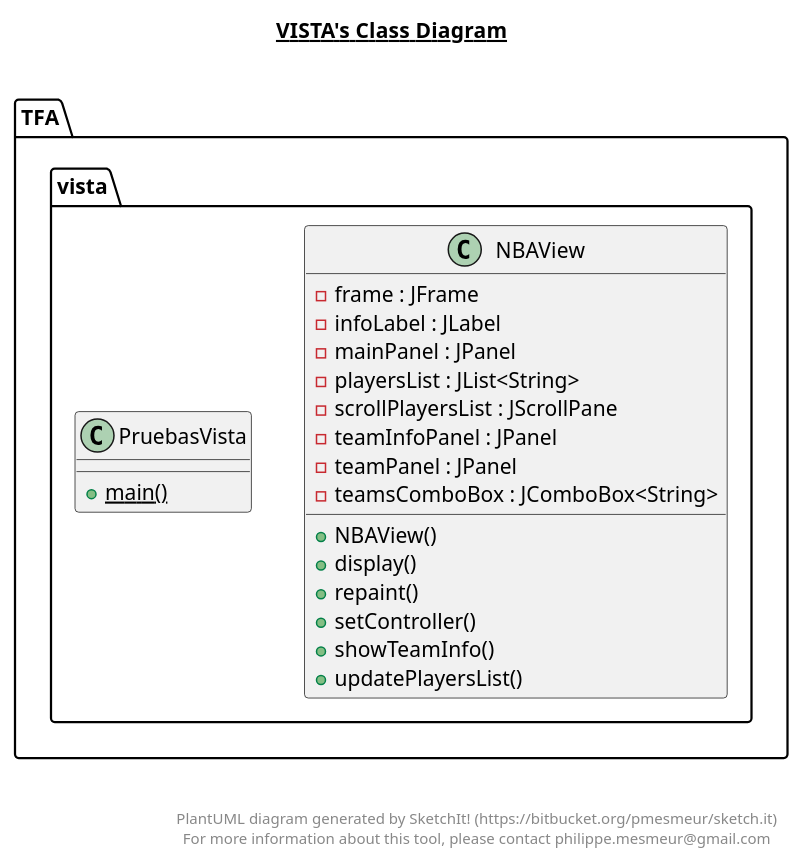
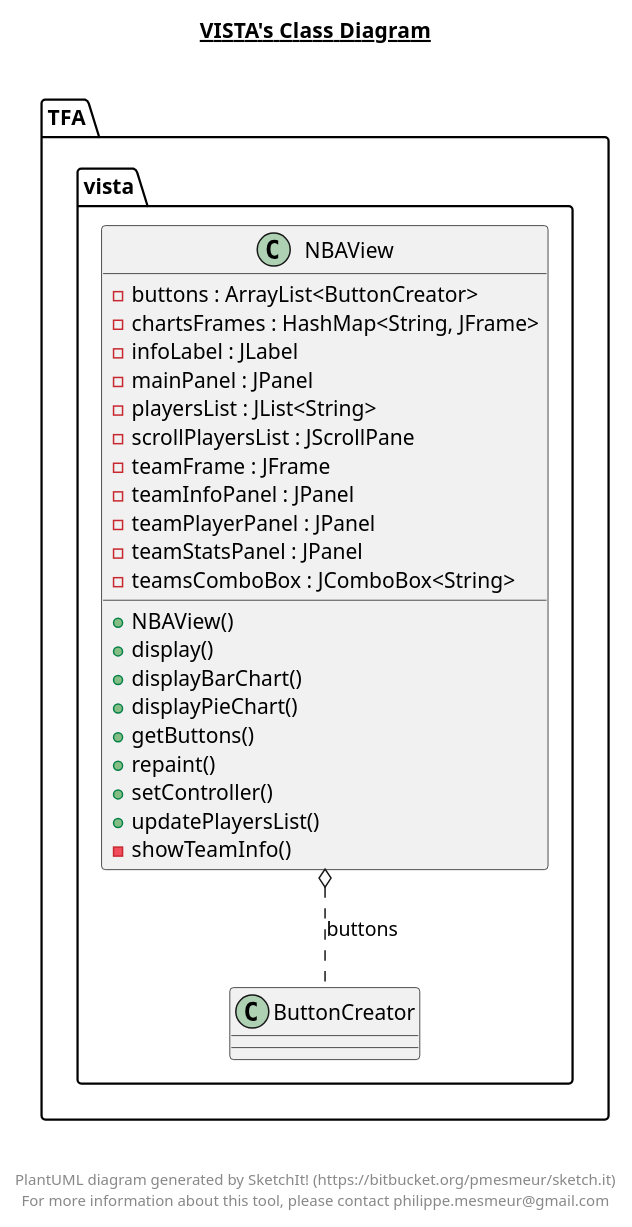
One commit to Diegodmbot/ULL-DAP-TrabajoFinalNBA changed the diagram in src/TFA/vista/vista.plantuml. Above: the diagram before and after it, drawn with PlantUML. The commit also changed 16 other files, not shown here.

```diff
--- a/src/TFA/vista/vista.plantuml
+++ b/src/TFA/vista/vista.plantuml
@@ -1,45 +1,42 @@
 @startuml
 
 title __VISTA's Class Diagram__\n
 
   namespace TFA {
     namespace vista {
       class TFA.vista.NBAView {
-          - frame : JFrame
+          - buttons : ArrayList<ButtonCreator>
+          - chartsFrames : HashMap<String, JFrame>
           - infoLabel : JLabel
           - mainPanel : JPanel
           - playersList : JList<String>
           - scrollPlayersList : JScrollPane
+          - teamFrame : JFrame
           - teamInfoPanel : JPanel
-          - teamPanel : JPanel
+          - teamPlayerPanel : JPanel
+          - teamStatsPanel : JPanel
           - teamsComboBox : JComboBox<String>
           + NBAView()
           + display()
+          + displayBarChart()
+          + displayPieChart()
+          + getButtons()
           + repaint()
           + setController()
-          + showTeamInfo()
           + updatePlayersList()
+          - showTeamInfo()
       }
     }
   }
   
-
-  namespace TFA {
-    namespace vista {
-      class TFA.vista.PruebasVista {
-          {static} + main()
-      }
-    }
-  }
-  
-
+TFA.vista.NBAView o.. TFA.vista.ButtonCreator : buttons
 
 
 right footer
 
 
 PlantUML diagram generated by SketchIt! (https://bitbucket.org/pmesmeur/sketch.it)
 For more information about this tool, please contact philippe.mesmeur@gmail.com
 endfooter
 
 @enduml
```
